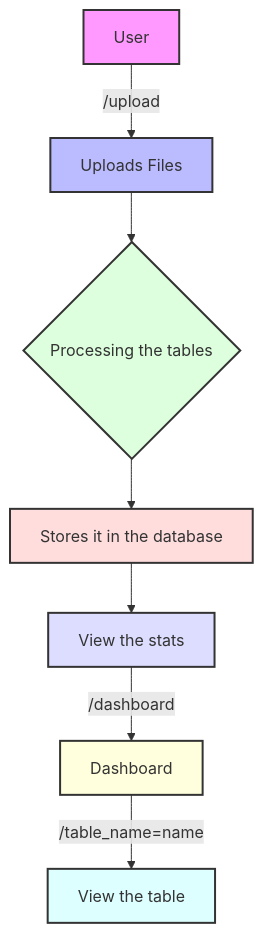
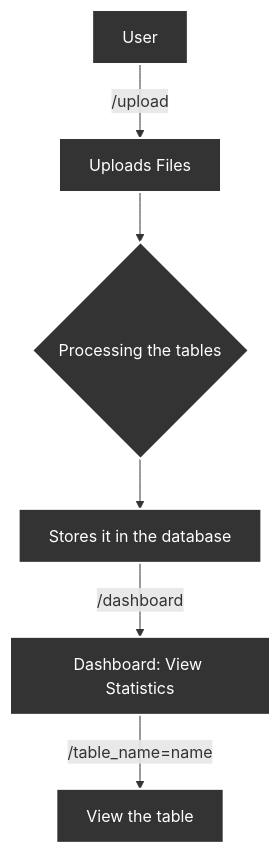
The first of 2 diagrams in README.md (helios2003/Datacraft), drawn with Mermaid before and after one commit.

````diff
--- a/README.md
+++ b/README.md
@@ -84,17 +84,10 @@
 ```mermaid
 flowchart TD
     A[User] -->|/upload| B[Uploads Files]
     B --> C{Processing the tables}
     C --> D[Stores it in the database]
-    D --> E[View the stats]
-    E -->|/dashboard| F[Dashboard]
-    F -->|/table_name=name| G[View the table]
-
-    style A fill:#f9f,stroke:#333,stroke-width:2px
-    style B fill:#bbf,stroke:#333,stroke-width:2px
-    style C fill:#dfd,stroke:#333,stroke-width:2px
-    style D fill:#fdd,stroke:#333,stroke-width:2px
-    style E fill:#ddf,stroke:#333,stroke-width:2px
-    style F fill:#ffd,stroke:#333,stroke-width:2px
-    style G fill:#dff,stroke:#333,stroke-width:2px
+    D --> |/dashboard| E[Dashboard: View Statistics]
+    E -->|/table_name=name| F[View the table]
+    classDef darkNode fill:#333,stroke:#fff,stroke-width:2px,color:#fff;
+    class A,B,C,D,E,F,G darkNode;
 ```
````
